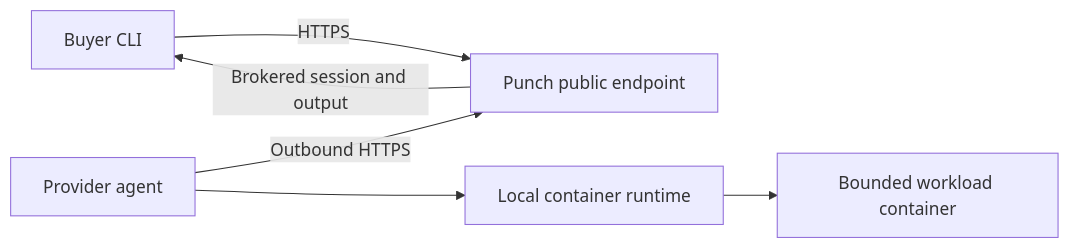
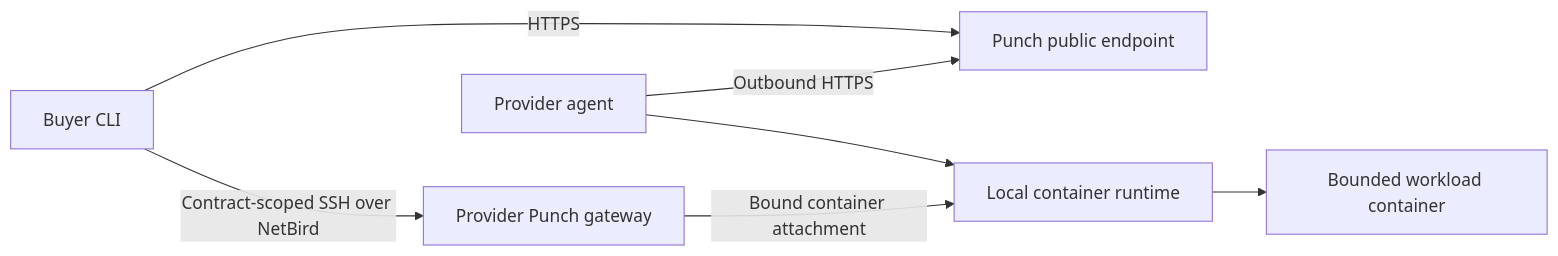
One commit to its-DeFine/punch-cli changed the diagram in docs/ARCHITECTURE.md. Above: the diagram before and after it, drawn with Mermaid. The commit also changed other lines of this file and 24 other files, not shown here.

````diff
--- a/docs/ARCHITECTURE.md
+++ b/docs/ARCHITECTURE.md
@@ -5,8 +5,9 @@
 ```mermaid
 flowchart LR
   B["Buyer CLI"] -->|"HTTPS"| P["Punch public endpoint"]
   A["Provider agent"] -->|"Outbound HTTPS"| P
-  P -->|"Brokered session and output"| B
+  B -->|"Contract-scoped SSH over NetBird"| G["Provider Punch gateway"]
   A --> R["Local container runtime"]
+  G -->|"Bound container attachment"| R
   R --> C["Bounded workload container"]
 ```
````
